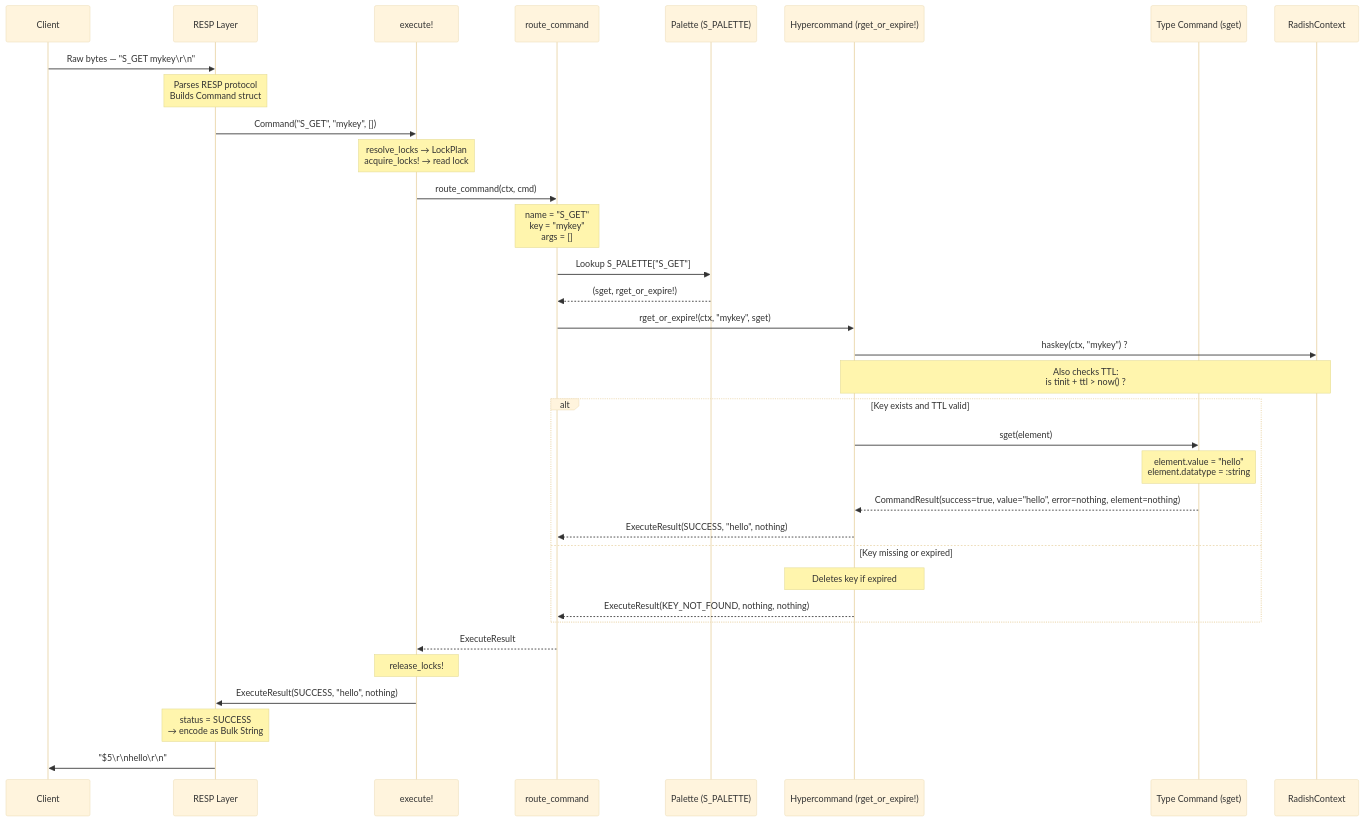
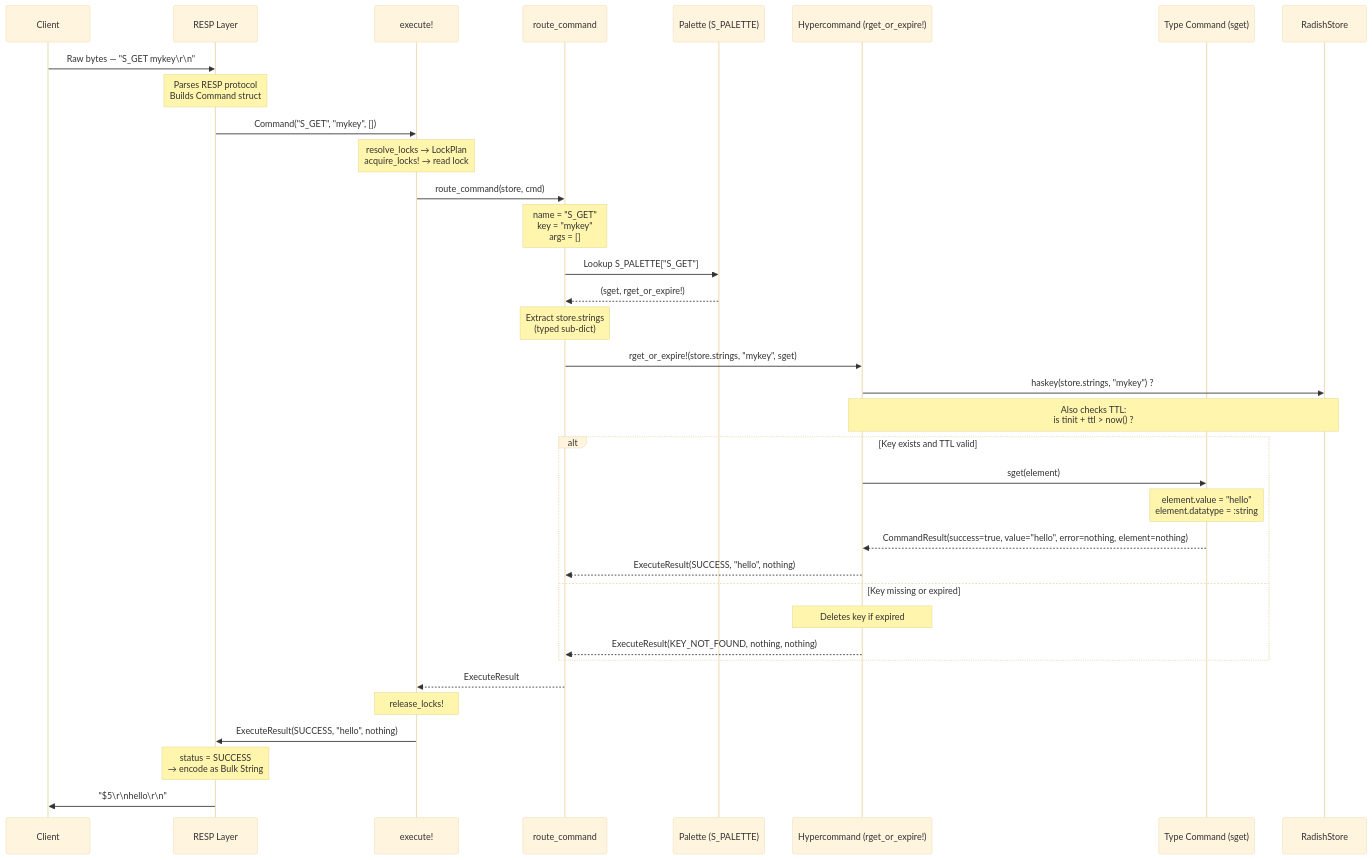
One commit to fabioscantamburlo/Radish changed the diagram in docs/data-contracts.md. Above: the diagram before and after it, drawn with Mermaid (base theme). The commit also changed other lines of this file and 45 other files, not shown here.

````diff
--- a/docs/data-contracts.md
+++ b/docs/data-contracts.md
@@ -149,48 +149,49 @@
 ```mermaid
 sequenceDiagram
     participant Client
     participant RESP as RESP Layer
     participant Dispatcher as execute!
     participant Router as route_command
     participant Palette as Palette (S_PALETTE)
     participant Hypercommand as Hypercommand (rget_or_expire!)
     participant TypeCommand as Type Command (sget)
-    participant Context as RadishContext
+    participant Context as RadishStore
 
     Client->>RESP: Raw bytes — "S_GET mykey\r\n"
     Note over RESP: Parses RESP protocol<br/>Builds Command struct
 
     RESP->>Dispatcher: Command("S_GET", "mykey", [])
     Note over Dispatcher: resolve_locks → LockPlan<br/>acquire_locks! → read lock
 
-    Dispatcher->>Router: route_command(ctx, cmd)
+    Dispatcher->>Router: route_command(store, cmd)
     Note over Router: name = "S_GET"<br/>key  = "mykey"<br/>args = []
 
     Router->>Palette: Lookup S_PALETTE["S_GET"]
     Palette-->>Router: (sget, rget_or_expire!)
+    Note over Router: Extract store.strings<br/>(typed sub-dict)
 
-    Router->>Hypercommand: rget_or_expire!(ctx, "mykey", sget)
+    Router->>Hypercommand: rget_or_expire!(store.strings, "mykey", sget)
 
-    Hypercommand->>Context: haskey(ctx, "mykey") ?
+    Hypercommand->>Context: haskey(store.strings, "mykey") ?
     Note over Hypercommand,Context: Also checks TTL:<br/>is tinit + ttl > now() ?
 
     alt Key exists and TTL valid
         Hypercommand->>TypeCommand: sget(element)
         Note over TypeCommand: element.value = "hello"<br/>element.datatype = :string
 
         TypeCommand-->>Hypercommand: CommandResult(success=true, value="hello", error=nothing, element=nothing)
 
         Hypercommand-->>Router: ExecuteResult(SUCCESS, "hello", nothing)
     else Key missing or expired
         Note over Hypercommand: Deletes key if expired
         Hypercommand-->>Router: ExecuteResult(KEY_NOT_FOUND, nothing, nothing)
     end
 
     Router-->>Dispatcher: ExecuteResult
     Note over Dispatcher: release_locks!
 
     Dispatcher->>RESP: ExecuteResult(SUCCESS, "hello", nothing)
     Note over RESP: status = SUCCESS<br/>→ encode as Bulk String
 
     RESP->>Client: "$5\r\nhello\r\n"
 ```
````
